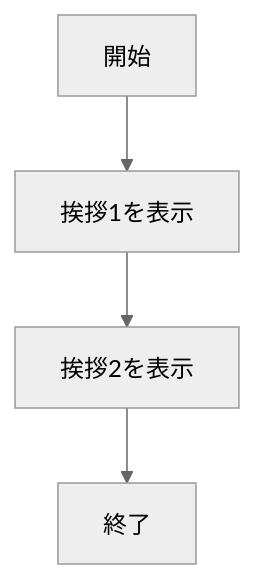
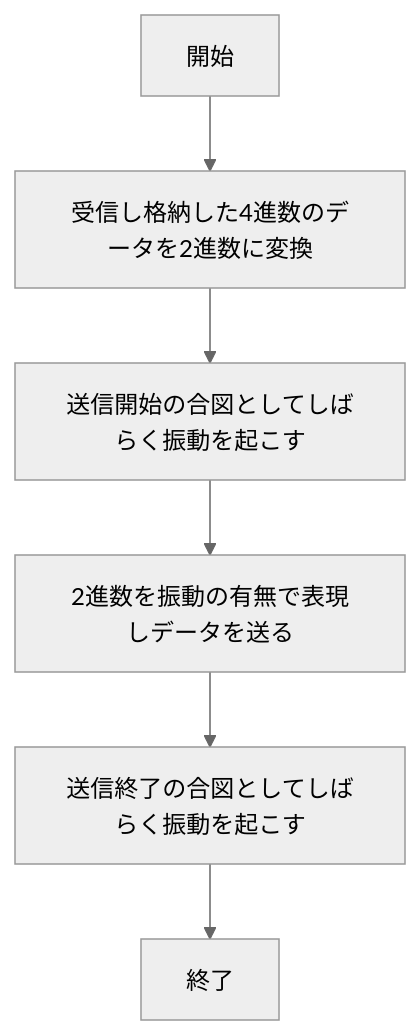
One commit to kanayuu0404/hakkason changed the second of 2 diagrams in README.md. Above: the diagram before and after it, drawn with Mermaid (neutral theme). The commit also changed other lines of this file and 16358 other files, not shown here.

````diff
--- a/README.md
+++ b/README.md
@@ -31,12 +31,16 @@
 ```mermaid
 flowchart TD;
 
 start["開始"];
 end1["終了"]
-aisatu1["挨拶1を表示"]
-aisatu2["挨拶2を表示"]
+hennkann["受信し格納した4進数のデータを2進数に変換"]
+aizu1["送信開始の合図としてしばらく振動を起こす"]
+sousinn["2進数を振動の有無で表現しデータを送る"]
+aizu2["送信終了の合図としてしばらく振動を起こす"]
 
-start --> aisatu1
-aisatu1 --> aisatu2
-aisatu2 --> end1
+start --> hennkann
+hennkann --> aizu1
+aizu1 --> sousinn
+sousinn --> aizu2
+aizu2 --> end1
 ```
````
